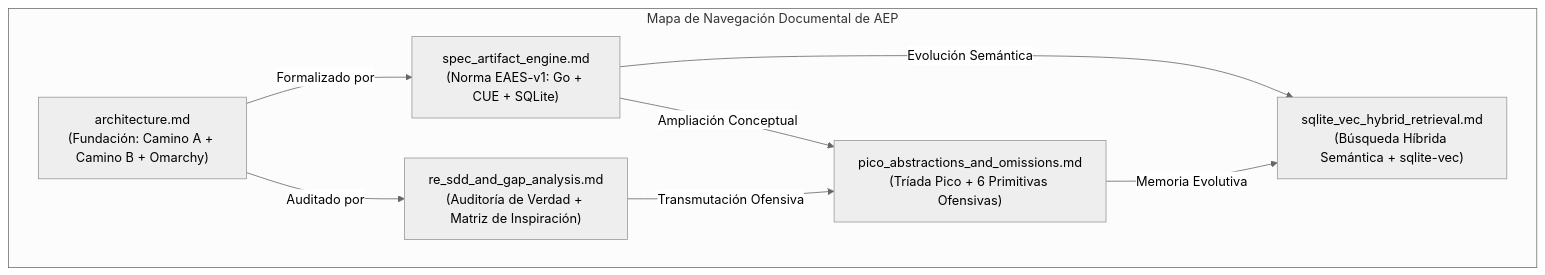
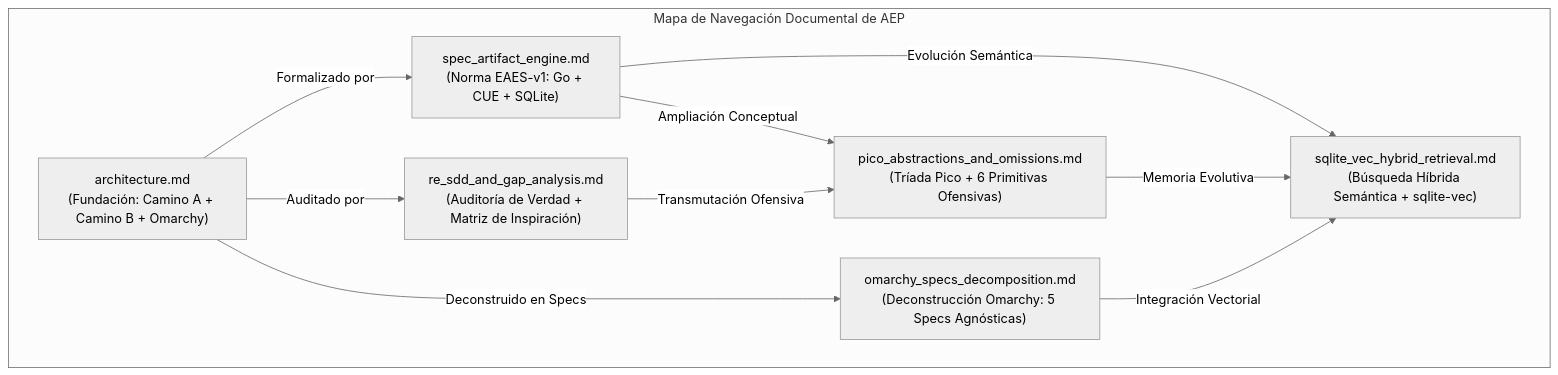
The diagram in docs/README.md (ancrz/agent-execution-plane), drawn with Mermaid (neutral theme) before and after one commit. The commit also changed other lines of this file and 2 other files, not shown here.

Commit message:
docs: decompose omarchy into 5 distro-agnostic specs with mermaid architectures

````diff
--- a/docs/README.md
+++ b/docs/README.md
@@ -5,17 +5,20 @@
 ```mermaid
 flowchart TD
     subgraph DocsMap["Mapa de Navegación Documental de AEP"]
         D1["architecture.md<br/>(Fundación: Camino A + Camino B + Omarchy)"]
         D2["spec_artifact_engine.md<br/>(Norma EAES-v1: Go + CUE + SQLite)"]
         D3["re_sdd_and_gap_analysis.md<br/>(Auditoría de Verdad + Matriz de Inspiración)"]
         D4["pico_abstractions_and_omissions.md<br/>(Tríada Pico + 6 Primitivas Ofensivas)"]
         D5["sqlite_vec_hybrid_retrieval.md<br/>(Búsqueda Híbrida Semántica + sqlite-vec)"]
+        D6["omarchy_specs_decomposition.md<br/>(Deconstrucción Omarchy: 5 Specs Agnósticas)"]
 
         D1 -->|Formalizado por| D2
         D1 -->|Auditado por| D3
         D2 -->|Ampliación Conceptual| D4
         D3 -->|Transmutación Ofensiva| D4
         D2 -->|Evolución Semántica| D5
         D4 -->|Memoria Evolutiva| D5
+        D1 -->|Deconstruido en Specs| D6
+        D6 -->|Integración Vectorial| D5
     end
 ```
````
